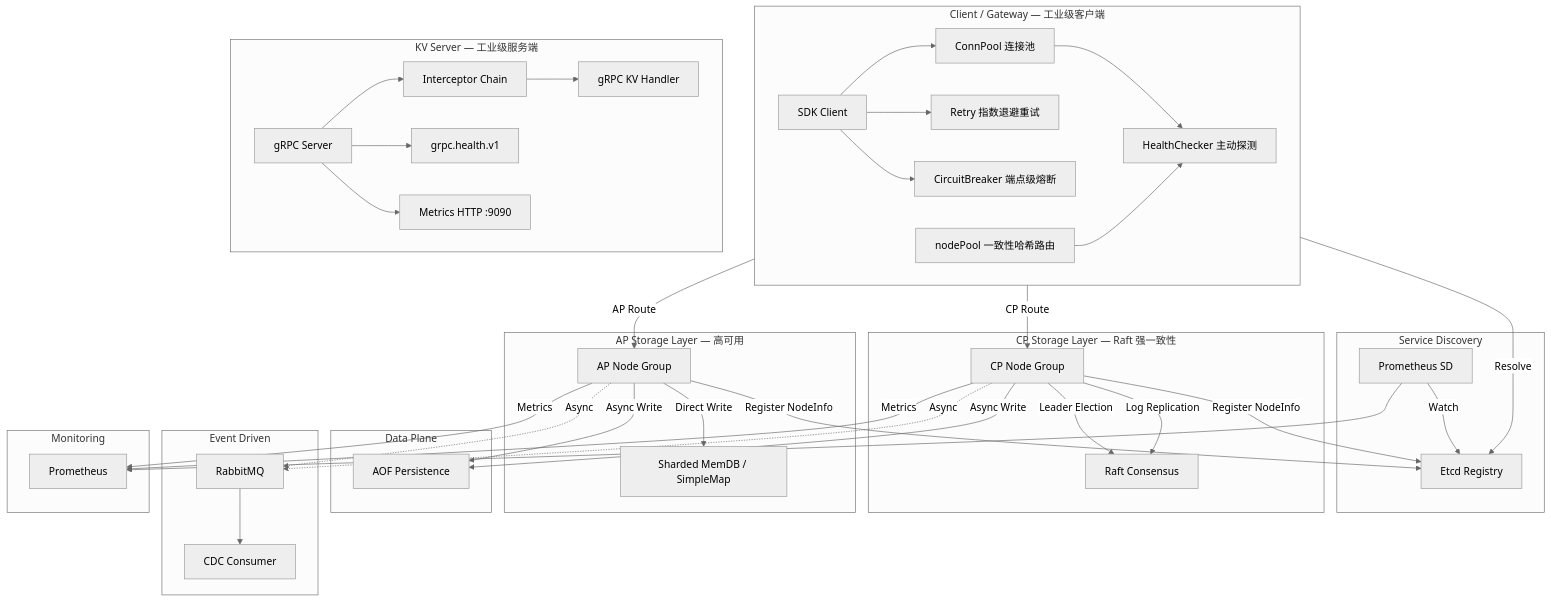
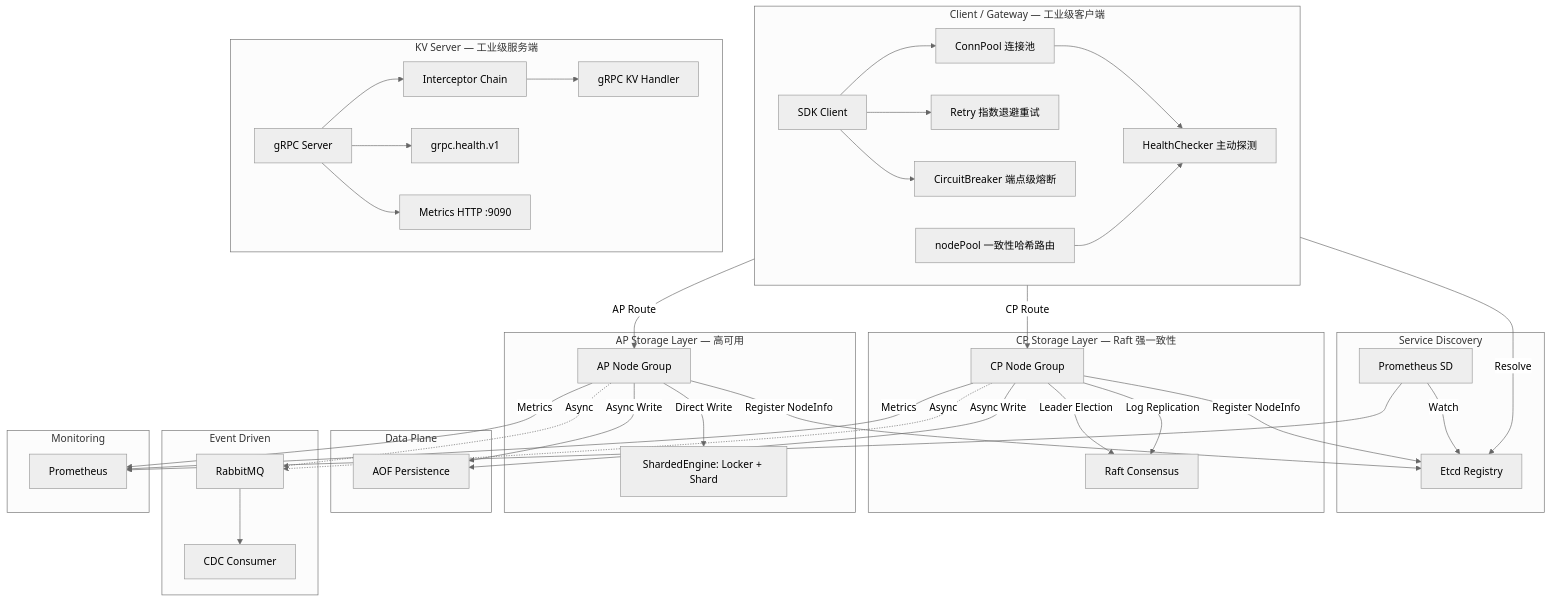
Before and after one commit to nothingness02/GoCache: the first of 2 diagrams in README.md, drawn with Mermaid (neutral theme). The commit also changed other lines of this file and 2 other files, not shown here.

````diff
--- a/README.md
+++ b/README.md
@@ -37,71 +37,71 @@
 ```mermaid
 graph TD
     subgraph ClientSide [Client / Gateway — 工业级客户端]
         ClientSDK[SDK Client]
         ConnPool[ConnPool 连接池]
         HealthChecker[HealthChecker 主动探测]
         Retry[Retry 指数退避重试]
         Breaker[CircuitBreaker 端点级熔断]
         NodePool[nodePool 一致性哈希路由]
         ClientSDK --> ConnPool
         ClientSDK --> Retry
         ClientSDK --> Breaker
         ConnPool --> HealthChecker
         NodePool --> HealthChecker
     end
 
     subgraph ServiceDiscovery [Service Discovery]
         Etcd[Etcd Registry]
         PrometheusSD[Prometheus SD]
     end
 
     ClientSide -- Resolve --> Etcd
     CPNodes -- Register NodeInfo --> Etcd
     APNodes -- Register NodeInfo --> Etcd
     PrometheusSD -- Watch --> Etcd
 
     subgraph ServerSide [KV Server — 工业级服务端]
         GRPC[gRPC Server]
         Interceptors[Interceptor Chain]
         HealthSvc[grpc.health.v1]
         KVHandler[gRPC KV Handler]
         MetricsSrv[Metrics HTTP :9090]
 
         GRPC --> Interceptors
         Interceptors --> KVHandler
         GRPC --> HealthSvc
         GRPC --> MetricsSrv
     end
 
     subgraph CP Layer [CP Storage Layer — Raft 强一致性]
         CPNodes[CP Node Group]
         Raft[Raft Consensus]
         CPNodes -->|Leader Election| Raft
         CPNodes -->|Log Replication| Raft
     end
 
     subgraph AP Layer [AP Storage Layer — 高可用]
         APNodes[AP Node Group]
-        APNodes -->|Direct Write| APShards[Sharded MemDB / SimpleMap]
+        APNodes -->|Direct Write| APShards[ShardedEngine: Locker + Shard]
     end
 
     ClientSide -->|CP Route| CPNodes
     ClientSide -->|AP Route| APNodes
 
     subgraph DataPlane [Data Plane]
         CPNodes -->|Async Write| AOF[AOF Persistence]
         APNodes -->|Async Write| AOF
     end
 
     subgraph EventDriven [Event Driven]
         CPNodes -.->|Async| MQ[RabbitMQ]
         APNodes -.->|Async| MQ
         MQ --> Consumer[CDC Consumer]
     end
 
     subgraph Monitoring [Monitoring]
         CPNodes -->|Metrics| Prometheus[Prometheus]
         APNodes -->|Metrics| Prometheus
         PrometheusSD --> Prometheus
     end
 ```
````
